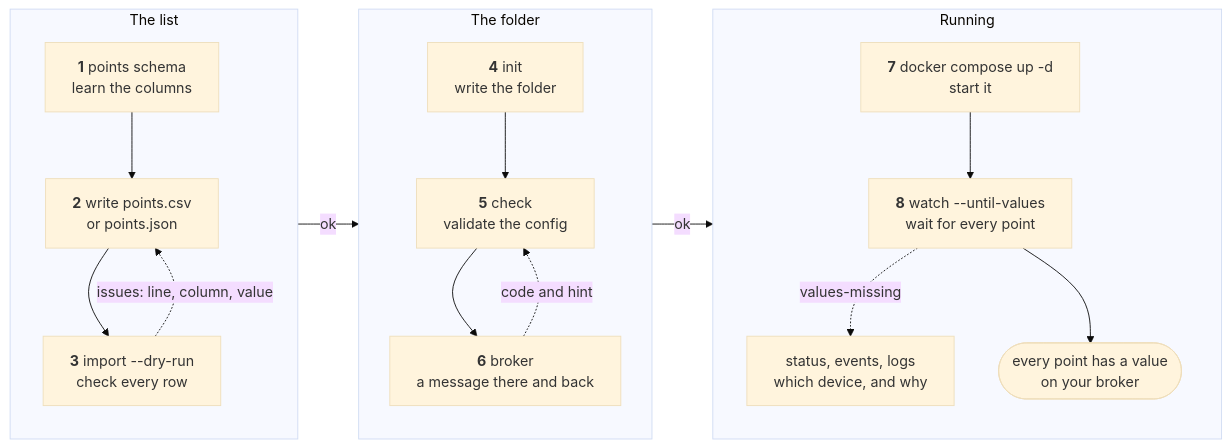
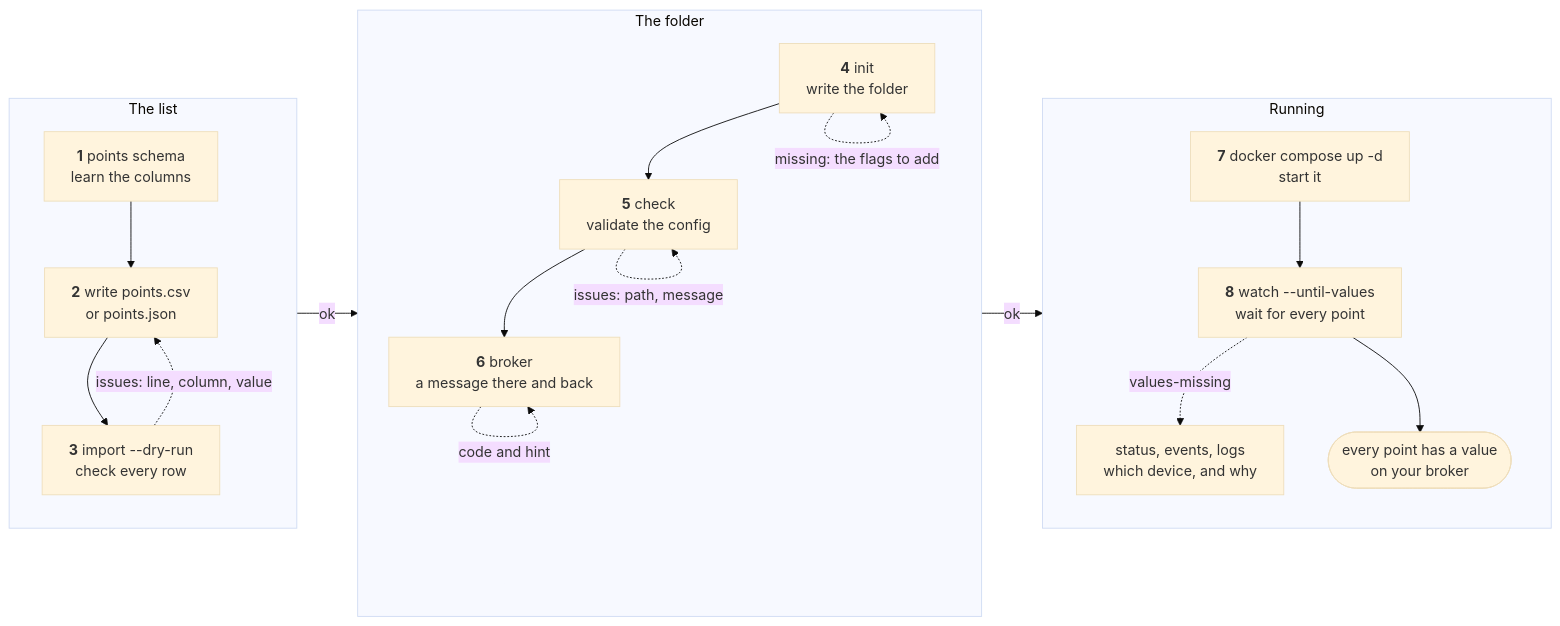
One commit to phocal-ai/ot-gateway changed the first of 3 diagrams in docs/headless.md. Above: the diagram before and after it, drawn with Mermaid (base theme). The commit also changed other lines of this file and 2 other files, not shown here.

````diff
--- a/docs/headless.md
+++ b/docs/headless.md
@@ -11,24 +11,26 @@
 ```mermaid
 %% site: headless-path
 flowchart LR
   subgraph list["The list"]
     direction TB
     schema["<b>1</b> points schema<br/>learn the columns"] --> write["<b>2</b> write points.csv<br/>or points.json"]
     write --> dry["<b>3</b> import --dry-run<br/>check every row"]
     dry -. "issues: line, column, value" .-> write
   end
   subgraph folder["The folder"]
     direction TB
     init["<b>4</b> init<br/>write the folder"] --> check["<b>5</b> check<br/>validate the config"]
     check --> broker["<b>6</b> broker<br/>a message there and back"]
-    broker -. "code and hint" .-> check
+    init -. "missing: the flags to add" .-> init
+    check -. "issues: path, message" .-> check
+    broker -. "code and hint" .-> broker
   end
   subgraph live["Running"]
     direction TB
     up["<b>7</b> docker compose up -d<br/>start it"] --> watch["<b>8</b> watch --until-values<br/>wait for every point"]
     watch -. "values-missing" .-> status["status, events, logs<br/>which device, and why"]
     watch --> done(["every point has a value<br/>on your broker"])
   end
   list -- "ok" --> folder
   folder -- "ok" --> live
 ```
````
